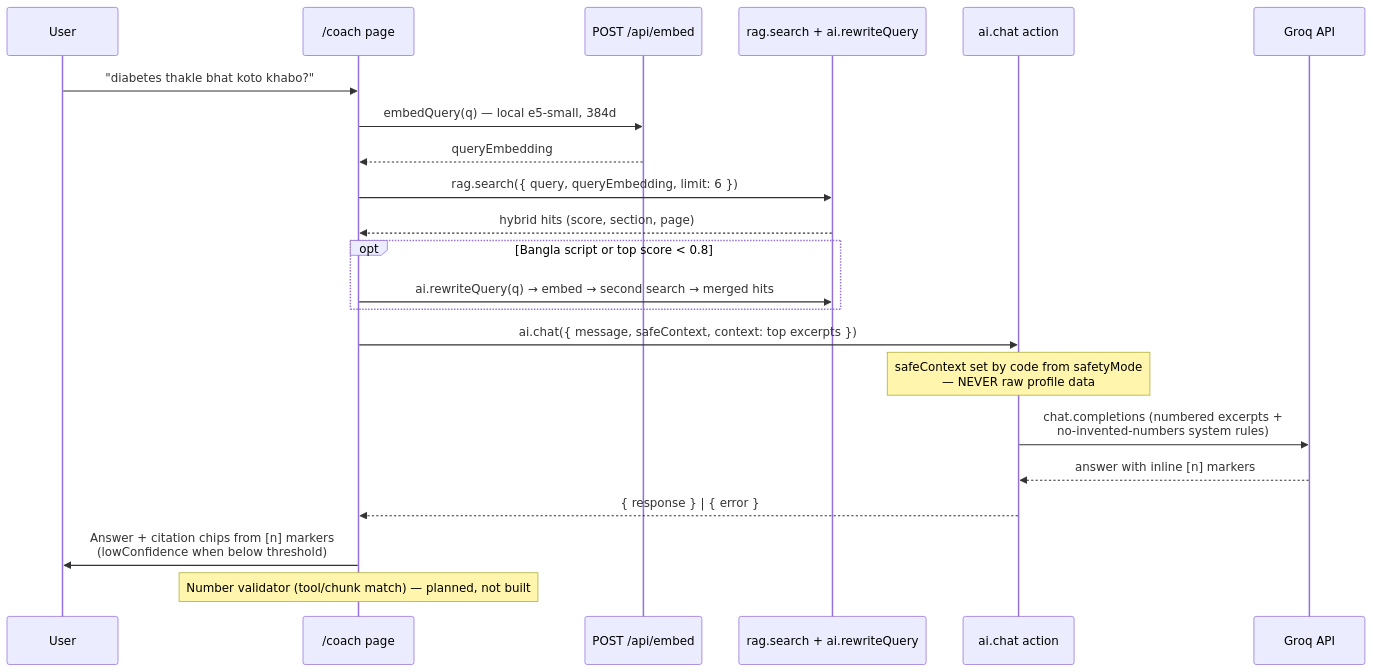
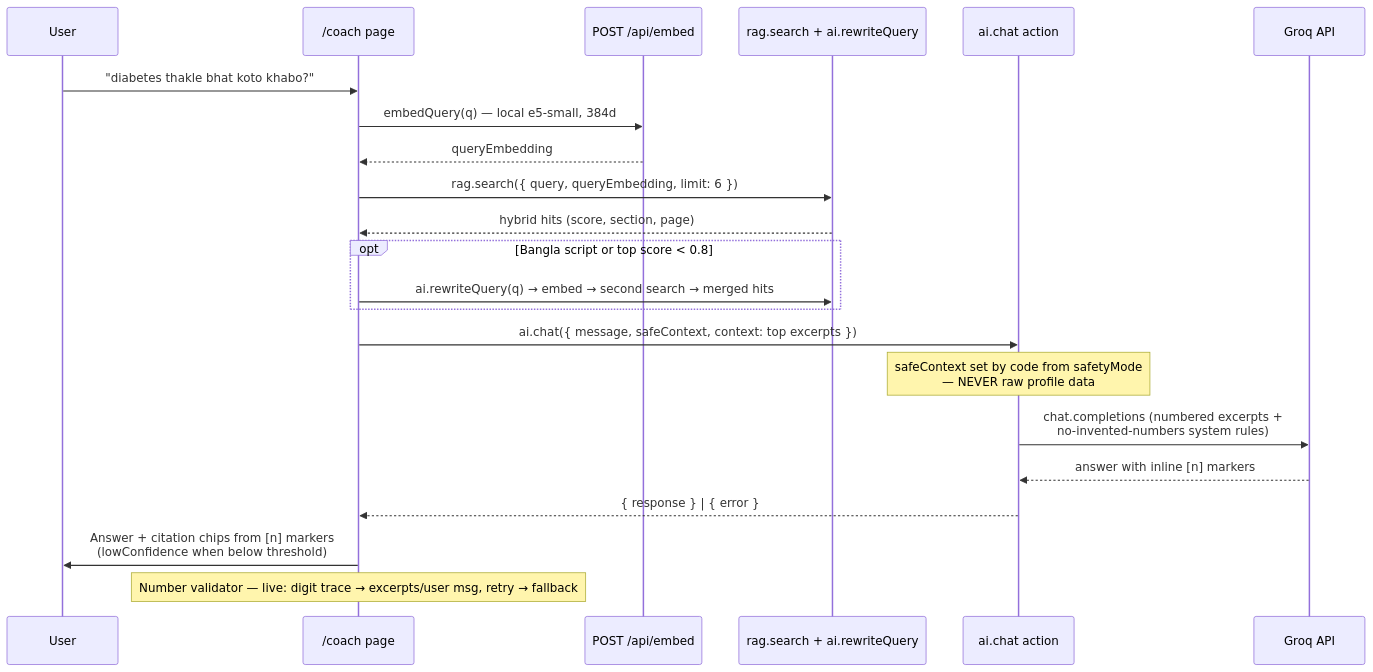
Before and after one commit to Moballig/habitforge: diagram 11 of 14 in docs/DIAGRAMS.md, drawn with Mermaid. The commit also changed other lines of this file and 11 other files, not shown here.

````diff
--- a/docs/DIAGRAMS.md
+++ b/docs/DIAGRAMS.md
@@ -414,25 +414,25 @@
 ```mermaid
 sequenceDiagram
     participant U as User
     participant UI as /coach page
     participant EM as POST /api/embed
     participant R as rag.search + ai.rewriteQuery
     participant A as ai.chat action
     participant G as Groq API
 
     U->>UI: "diabetes thakle bhat koto khabo?"
     UI->>EM: embedQuery(q) — local e5-small, 384d
     EM-->>UI: queryEmbedding
     UI->>R: rag.search({ query, queryEmbedding, limit: 6 })
     R-->>UI: hybrid hits (score, section, page)
     opt Bangla script or top score < 0.8
         UI->>R: ai.rewriteQuery(q) → embed → second search → merged hits
     end
     UI->>A: ai.chat({ message, safeContext, context: top excerpts })
     Note over A: safeContext set by code from safetyMode<br/>— NEVER raw profile data
     A->>G: chat.completions (numbered excerpts +<br/>no-invented-numbers system rules)
     G-->>A: answer with inline [n] markers
     A-->>UI: { response } | { error }
     UI->>U: Answer + citation chips from [n] markers<br/>(lowConfidence when below threshold)
-    Note over UI: Number validator (tool/chunk match) — planned, not built
+    Note over UI: Number validator — live: digit trace → excerpts/user msg, retry → fallback
 ```
````
